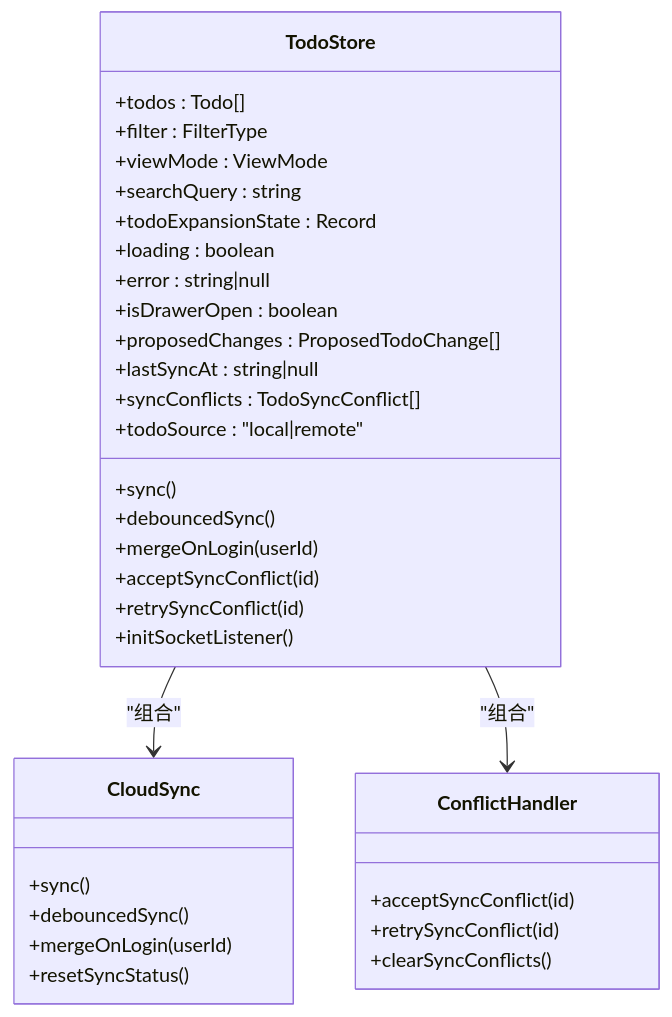
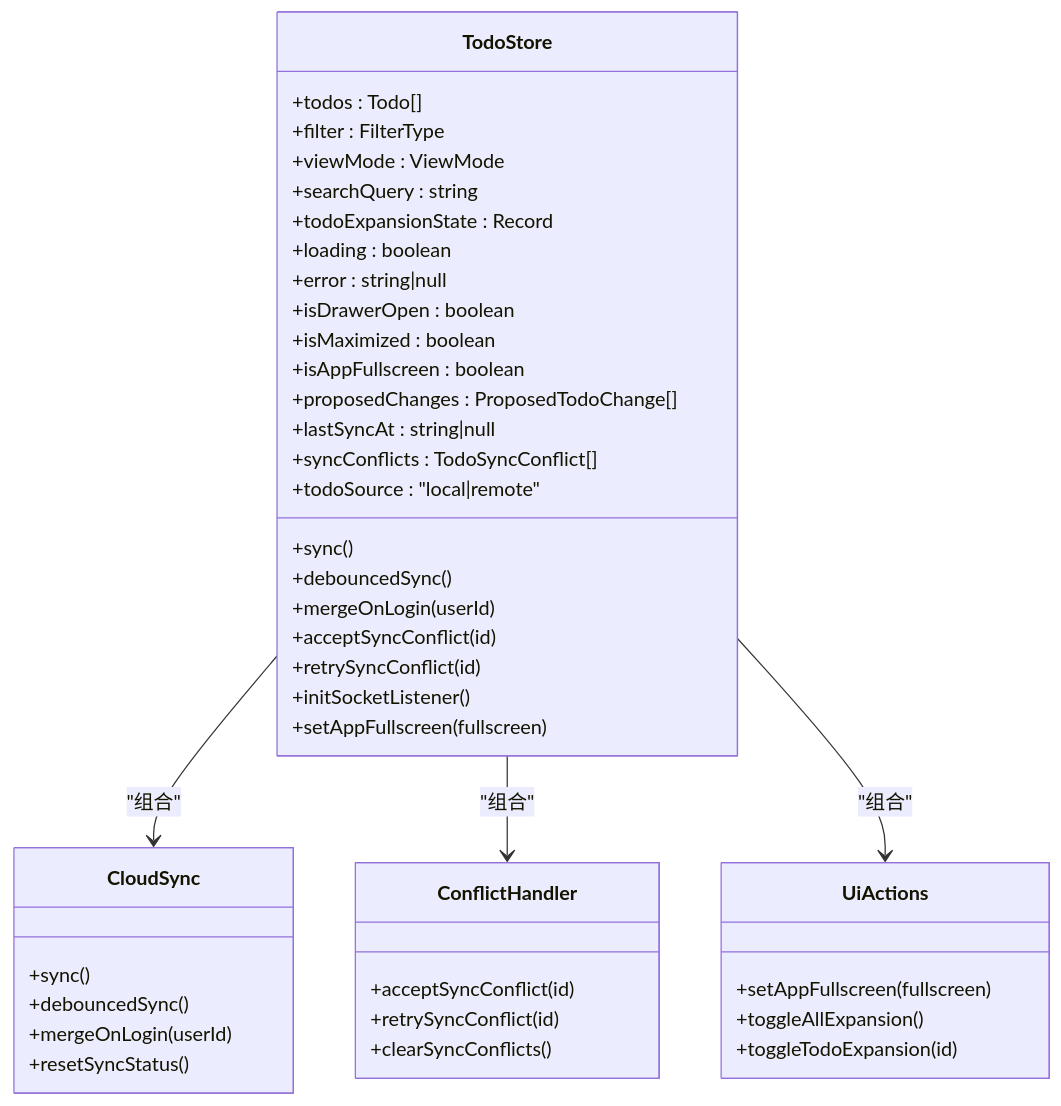
The fifth of 10 diagrams in .qoder/repowiki/zh/content/核心模块/任务管理系统/任务管理系统.md (xixixiaoyu/Todo), drawn with Mermaid before and after one commit. The commit also changed other lines of this file and 5 other files, not shown here.

````diff
--- a/.qoder/repowiki/zh/content/核心模块/任务管理系统/任务管理系统.md
+++ b/.qoder/repowiki/zh/content/核心模块/任务管理系统/任务管理系统.md
@@ -220,36 +248,45 @@
 ```mermaid
 classDiagram
 class TodoStore {
 +todos : Todo[]
 +filter : FilterType
 +viewMode : ViewMode
 +searchQuery : string
 +todoExpansionState : Record<string, boolean>
 +loading : boolean
 +error : string|null
 +isDrawerOpen : boolean
++isMaximized : boolean
++isAppFullscreen : boolean
 +proposedChanges : ProposedTodoChange[]
 +lastSyncAt : string|null
 +syncConflicts : TodoSyncConflict[]
 +todoSource : "local|remote"
 +sync()
 +debouncedSync()
 +mergeOnLogin(userId)
 +acceptSyncConflict(id)
 +retrySyncConflict(id)
 +initSocketListener()
++setAppFullscreen(fullscreen)
 }
 class CloudSync {
 +sync()
 +debouncedSync()
 +mergeOnLogin(userId)
 +resetSyncStatus()
 }
 class ConflictHandler {
 +acceptSyncConflict(id)
 +retrySyncConflict(id)
 +clearSyncConflicts()
 }
+class UiActions {
++setAppFullscreen(fullscreen)
++toggleAllExpansion()
++toggleTodoExpansion(id)
+}
 TodoStore --> CloudSync : "组合"
 TodoStore --> ConflictHandler : "组合"
+TodoStore --> UiActions : "组合"
 ```
````
